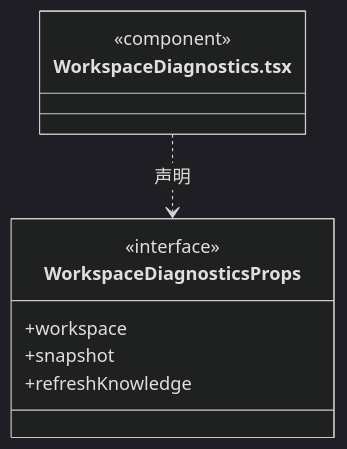
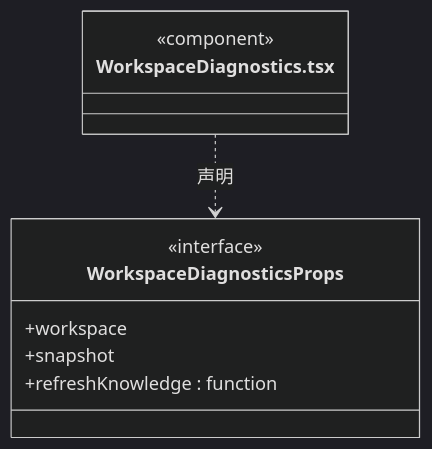
One commit to nan023062/cbim changed the third of 4 diagrams in src/view/diagnostics/ARCHITECTURE.md. Above: the diagram before and after it, drawn with Mermaid (dark theme). The commit also changed other lines of this file and 137 other files, not shown here.

Commit message:
fix: align architecture generator with documentation standards

````diff
--- a/src/view/diagnostics/ARCHITECTURE.md
+++ b/src/view/diagnostics/ARCHITECTURE.md
@@ -71,13 +75,13 @@
 ```mermaid
 classDiagram
 class N_src_view_diagnostics_WorkspaceDiagnostics_tsx["WorkspaceDiagnostics.tsx"] {
   <<component>>
 }
 class N_src_view_diagnostics_WorkspaceDiagnostics_tsx_WorkspaceDiagnosticsProps["WorkspaceDiagnosticsProps"] {
   <<interface>>
   +workspace
   +snapshot
-  +refreshKnowledge
+  +refreshKnowledge : function
 }
 N_src_view_diagnostics_WorkspaceDiagnostics_tsx ..> N_src_view_diagnostics_WorkspaceDiagnostics_tsx_WorkspaceDiagnosticsProps : 声明
 ```
````
